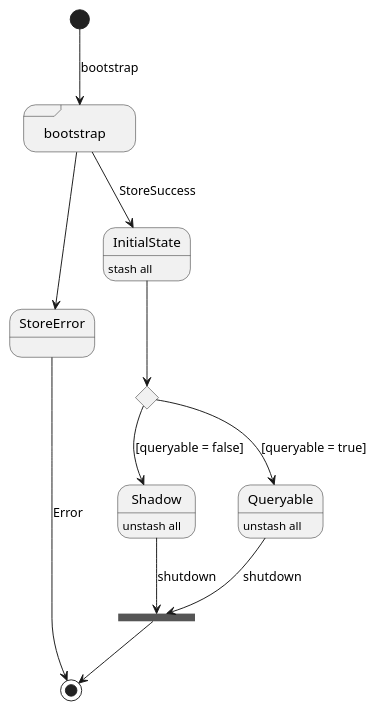
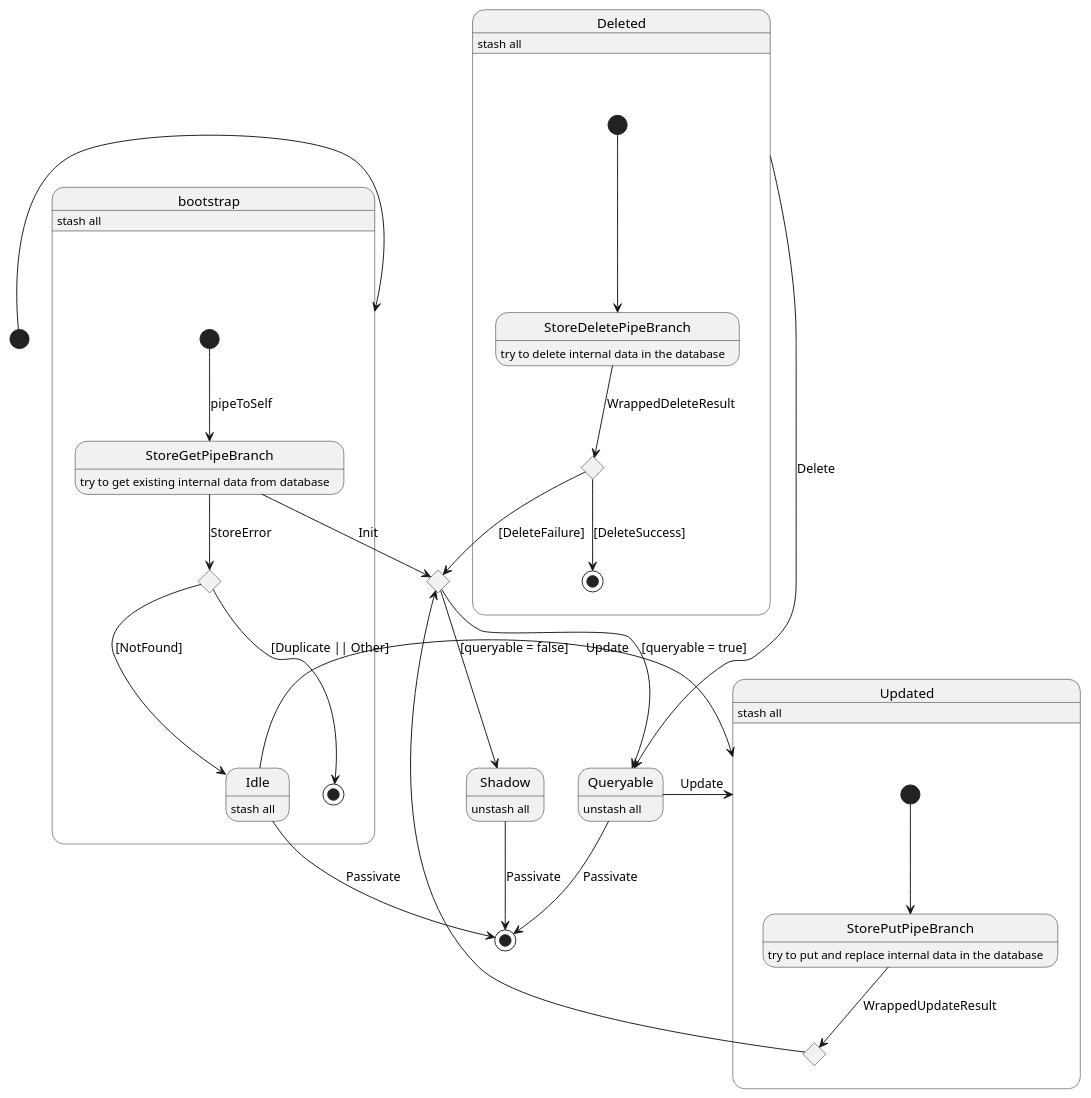
One commit to ormi-org/agamis-fusion changed the diagram in packages/fusion-arch-doc/src/arch/actor/organization/v1.puml. Above: the diagram before and after it, drawn with PlantUML. The commit also changed 2 other files, not shown here.

Commit message:
chore: ~ update arch doc ~ fix a missing Get message on Organization shadow state ~ update conf so running Ignite in Server mode for testing

```diff
--- a/packages/fusion-arch-doc/src/arch/actor/organization/v1.puml
+++ b/packages/fusion-arch-doc/src/arch/actor/organization/v1.puml
@@ -1,29 +1,80 @@
 @startuml fusion-org-v1
 
-state bootstrap <<sdlreceive>>
+[*] -> bootstrap
 
-[*] --> bootstrap : bootstrap
+state bootstrap <<sdlreceive>> {
+    bootstrap : stash all
+    state "StoreGetPipeBranch" as sgpb
+    sgpb : try to get existing internal data from database
+    [*] --> sgpb : pipeToSelf
+    state sgpResultb <<choice>>
+    sgpb --> sgpResultb : StoreError
+    sgpResultb --> [*] : [Duplicate || Other]
+    sgpResultb --> Idle : [NotFound]
+}
 
-bootstrap --> StoreError
-StoreError --> [*] : Error
+state Idle {
+    Idle : stash all
+}
 
-state "InitialState" as init
-init : stash all
+Idle -> Updated : Update
 
-bootstrap --> init : StoreSuccess
+state ib <<choice>>
 
-state c1 <<choice>>
-
-init --> c1
-c1 --> Shadow : [queryable = false]
+sgpb --> ib : Init
+ib --> Shadow : [queryable = false]
 Shadow : unstash all
-c1 --> Queryable : [queryable = true]
+ib --> Queryable : [queryable = true]
 Queryable : unstash all
 
-state j1 <<join>>
-Shadow --> j1 : shutdown
-Queryable --> j1 : shutdown
+state Updated  {
+    Updated : stash all
+    state "StorePutPipeBranch" as sppb
+    sppb : try to put and replace internal data in the database
+    [*] --> sppb
+    state sppResultb <<choice>>
+    sppb --> sppResultb : WrappedUpdateResult
+    sppResultb --> ib
+}
 
-j1 --> [*]
+Queryable -> Updated : Update
+
+state Deleted {
+    Deleted : stash all
+    state "StoreDeletePipeBranch" as srpb
+    srpb : try to delete internal data in the database
+    [*] --> srpb
+    state srpResultb <<choice>>
+    srpb --> srpResultb : WrappedDeleteResult
+    srpResultb --> ib : [DeleteFailure]
+    srpResultb --> [*] : [DeleteSuccess]
+}
+
+Deleted -> Queryable : Delete
+
+Shadow --> [*] : Passivate
+Queryable --> [*] : Passivate
+Idle --> [*] : Passivate
+
+' bootstrap --> init : StoreError
+
+' state "InitialState" as init
+' init : stash all
+
+' bootstrap --> init : StoreSuccess
+
+' state c1 <<choice>>
+
+' init --> c1
+' c1 --> Shadow : [queryable = false]
+' Shadow : unstash all
+' c1 --> Queryable : [queryable = true]
+' Queryable : unstash all
+
+' state j1 <<join>>
+' Shadow --> j1 : shutdown
+' Queryable --> j1 : shutdown
+
+' j1 --> [*]
 
 @enduml
```
